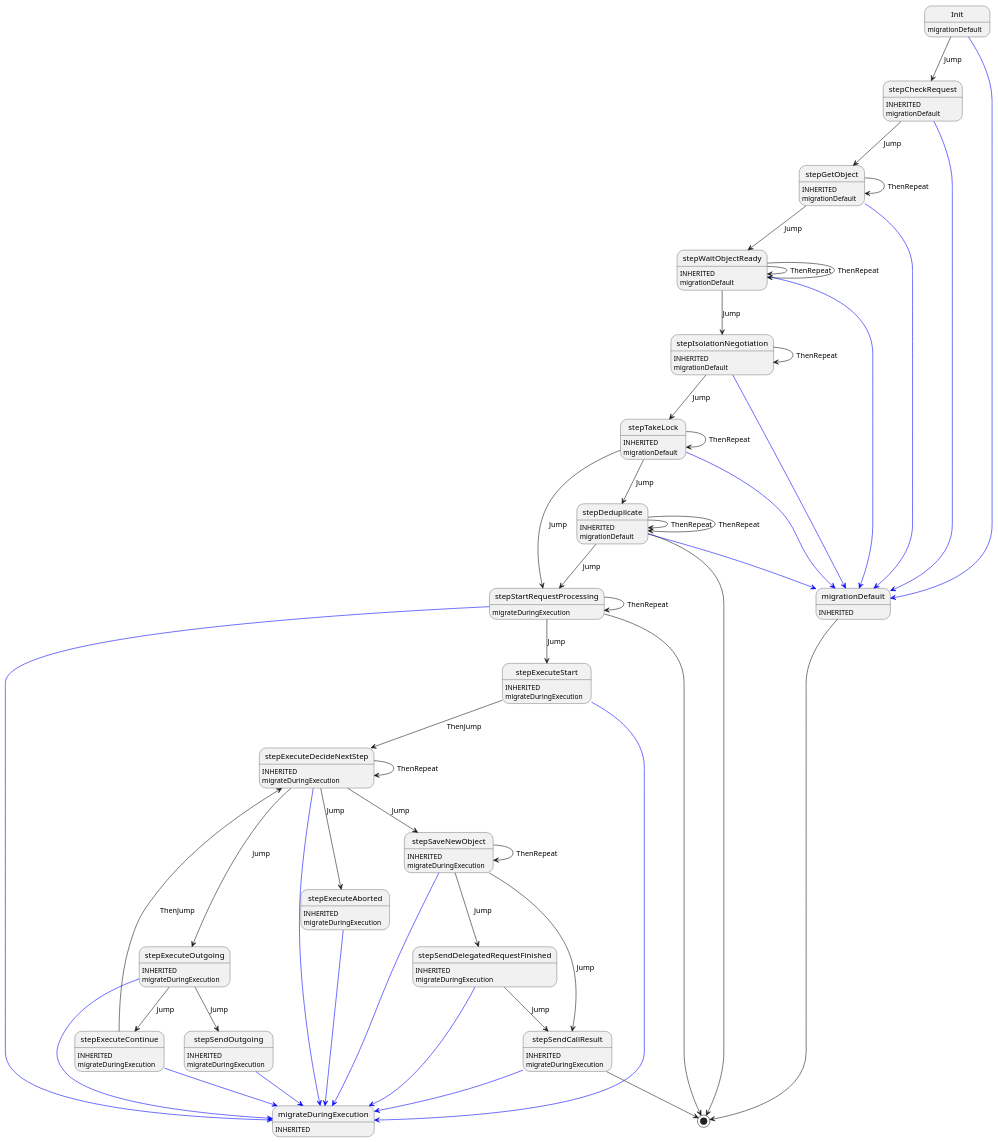
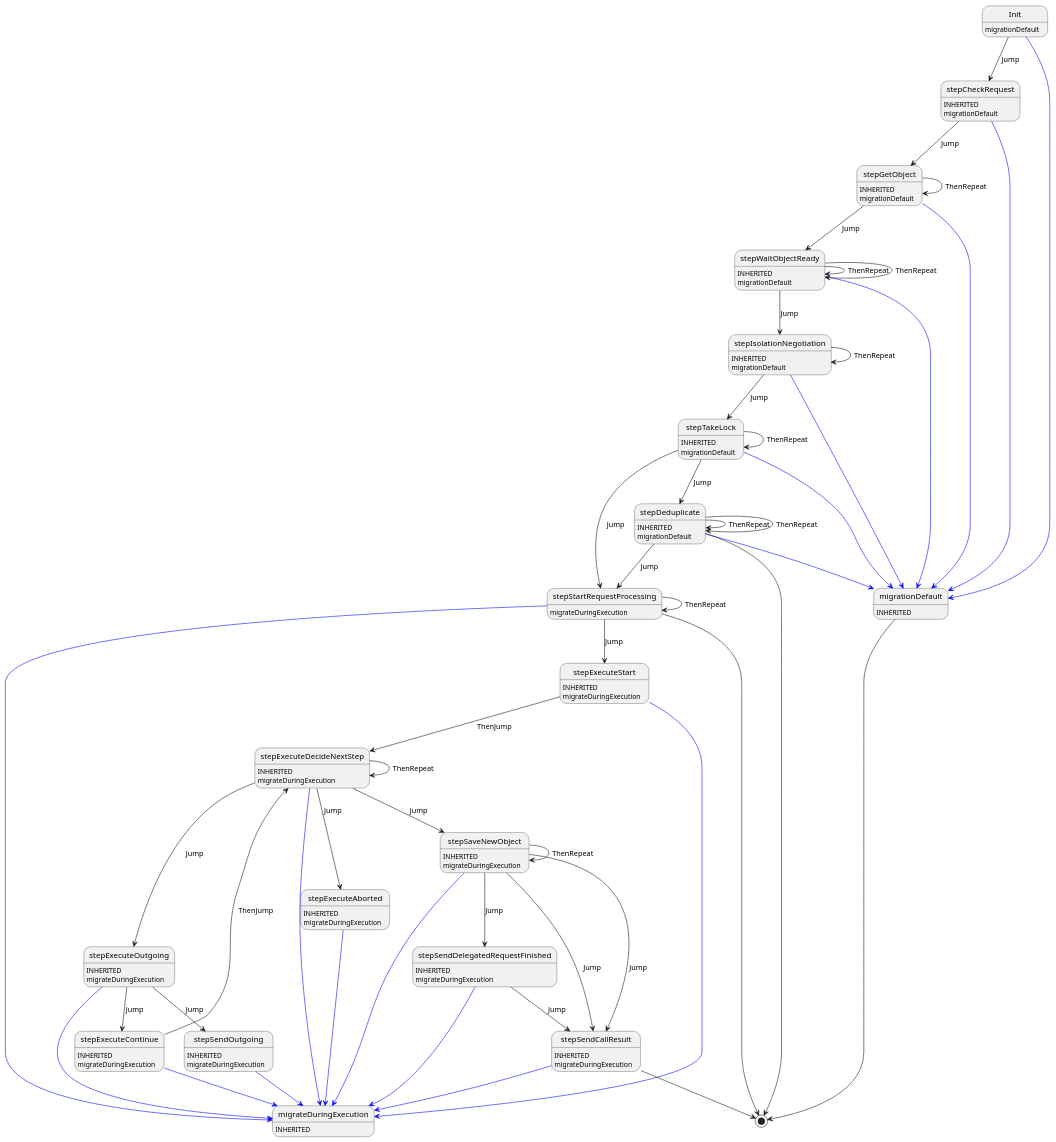
The diagram in ledger-core/virtual/execute/execute.plantuml (insolar/assured-ledger), drawn with PlantUML before and after one commit.

Commit message:
PLAT-419: update execute.plantuml

```diff
--- a/ledger-core/virtual/execute/execute.plantuml
+++ b/ledger-core/virtual/execute/execute.plantuml
@@ -1,86 +1,87 @@
 @startuml
 Init : migrationDefault
 Init -[#blue]-> migrationDefault
 Init --> stepCheckRequest : Jump
 migrationDefault : INHERITED
 migrationDefault --> [*]
 stepCheckRequest : INHERITED
 stepCheckRequest : migrationDefault
 stepCheckRequest -[#blue]-> migrationDefault
 stepCheckRequest --> stepGetObject : Jump
 stepGetObject : INHERITED
 stepGetObject : migrationDefault
 stepGetObject -[#blue]-> migrationDefault
 stepGetObject --> stepWaitObjectReady : Jump
 stepGetObject --> stepGetObject : ThenRepeat
 stepWaitObjectReady : INHERITED
 stepWaitObjectReady : migrationDefault
 stepWaitObjectReady -[#blue]-> migrationDefault
 stepWaitObjectReady --> stepIsolationNegotiation : Jump
 stepWaitObjectReady --> stepWaitObjectReady : ThenRepeat
 stepWaitObjectReady --> stepWaitObjectReady : ThenRepeat
 stepIsolationNegotiation : INHERITED
 stepIsolationNegotiation : migrationDefault
 stepIsolationNegotiation -[#blue]-> migrationDefault
 stepIsolationNegotiation --> stepTakeLock : Jump
 stepIsolationNegotiation --> stepIsolationNegotiation : ThenRepeat
 stepTakeLock : INHERITED
 stepTakeLock : migrationDefault
 stepTakeLock -[#blue]-> migrationDefault
 stepTakeLock --> stepDeduplicate : Jump
 stepTakeLock --> stepStartRequestProcessing : Jump
 stepTakeLock --> stepTakeLock : ThenRepeat
 stepDeduplicate : INHERITED
 stepDeduplicate : migrationDefault
 stepDeduplicate -[#blue]-> migrationDefault
 stepDeduplicate --> stepStartRequestProcessing : Jump
 stepDeduplicate --> [*]
 stepDeduplicate --> stepDeduplicate : ThenRepeat
 stepDeduplicate --> stepDeduplicate : ThenRepeat
 stepStartRequestProcessing : migrateDuringExecution
 stepStartRequestProcessing -[#blue]-> migrateDuringExecution
 stepStartRequestProcessing --> stepExecuteStart : Jump
 stepStartRequestProcessing --> [*]
 stepStartRequestProcessing --> stepStartRequestProcessing : ThenRepeat
 migrateDuringExecution : INHERITED
 stepExecuteStart : INHERITED
 stepExecuteStart : migrateDuringExecution
 stepExecuteStart -[#blue]-> migrateDuringExecution
 stepExecuteStart --> stepExecuteDecideNextStep : ThenJump
 stepExecuteDecideNextStep : INHERITED
 stepExecuteDecideNextStep : migrateDuringExecution
 stepExecuteDecideNextStep -[#blue]-> migrateDuringExecution
 stepExecuteDecideNextStep --> stepSaveNewObject : Jump
 stepExecuteDecideNextStep --> stepExecuteAborted : Jump
 stepExecuteDecideNextStep --> stepExecuteOutgoing : Jump
 stepExecuteDecideNextStep --> stepExecuteDecideNextStep : ThenRepeat
 stepSaveNewObject : INHERITED
 stepSaveNewObject : migrateDuringExecution
 stepSaveNewObject -[#blue]-> migrateDuringExecution
 stepSaveNewObject --> stepSendDelegatedRequestFinished : Jump
 stepSaveNewObject --> stepSendCallResult : Jump
+stepSaveNewObject --> stepSendCallResult : Jump
 stepSaveNewObject --> stepSaveNewObject : ThenRepeat
 stepExecuteAborted : INHERITED
 stepExecuteAborted : migrateDuringExecution
 stepExecuteAborted -[#blue]-> migrateDuringExecution
 stepExecuteOutgoing : INHERITED
 stepExecuteOutgoing : migrateDuringExecution
 stepExecuteOutgoing -[#blue]-> migrateDuringExecution
 stepExecuteOutgoing --> stepSendOutgoing : Jump
 stepExecuteOutgoing --> stepExecuteContinue : Jump
 stepSendDelegatedRequestFinished : INHERITED
 stepSendDelegatedRequestFinished : migrateDuringExecution
 stepSendDelegatedRequestFinished -[#blue]-> migrateDuringExecution
 stepSendDelegatedRequestFinished --> stepSendCallResult : Jump
 stepSendCallResult : INHERITED
 stepSendCallResult : migrateDuringExecution
 stepSendCallResult -[#blue]-> migrateDuringExecution
 stepSendCallResult --> [*]
 stepSendOutgoing : INHERITED
 stepSendOutgoing : migrateDuringExecution
 stepSendOutgoing -[#blue]-> migrateDuringExecution
 stepExecuteContinue : INHERITED
 stepExecuteContinue : migrateDuringExecution
 stepExecuteContinue -[#blue]-> migrateDuringExecution
 stepExecuteContinue --> stepExecuteDecideNextStep : ThenJump
 @enduml
```
